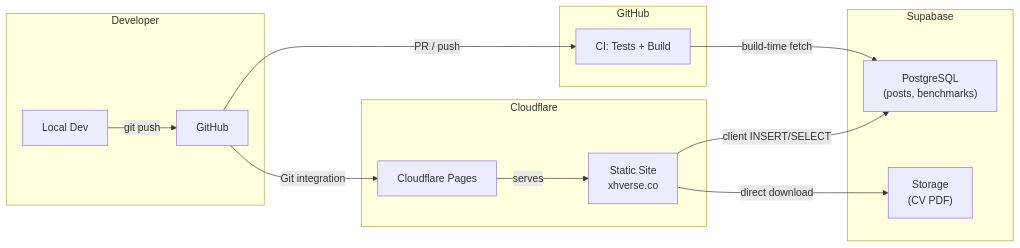
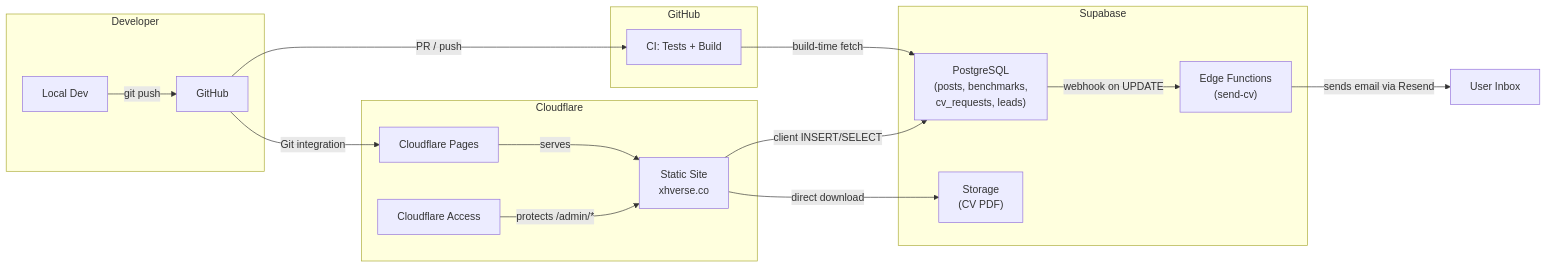
The diagram in README.md (devruji/xhverse-site), drawn with Mermaid before and after one commit. The commit also changed other lines of this file and 2 other files, not shown here.

````diff
--- a/README.md
+++ b/README.md
@@ -20,24 +23,28 @@
 ```mermaid
 graph LR
     subgraph Developer
         A[Local Dev] -->|git push| B[GitHub]
     end
 
     subgraph GitHub
         B -->|PR / push| C[CI: Tests + Build]
     end
 
     subgraph Cloudflare
         B -->|Git integration| D[Cloudflare Pages]
         D -->|serves| E["Static Site<br/>xhverse.co"]
+        F["Cloudflare Access"] -->|protects /admin/*| E
     end
 
     subgraph Supabase
-        F["PostgreSQL<br/>(posts, benchmarks)"]
-        G["Storage<br/>(CV PDF)"]
+        G["PostgreSQL<br/>(posts, benchmarks,<br/>cv_requests, leads)"]
+        H["Storage<br/>(CV PDF)"]
+        I["Edge Functions<br/>(send-cv)"]
     end
 
-    C -->|build-time fetch| F
-    E -->|client INSERT/SELECT| F
-    E -->|direct download| G
+    C -->|build-time fetch| G
+    E -->|client INSERT/SELECT| G
+    E -->|direct download| H
+    G -->|webhook on UPDATE| I
+    I -->|sends email via Resend| J[User Inbox]
 ```
````
